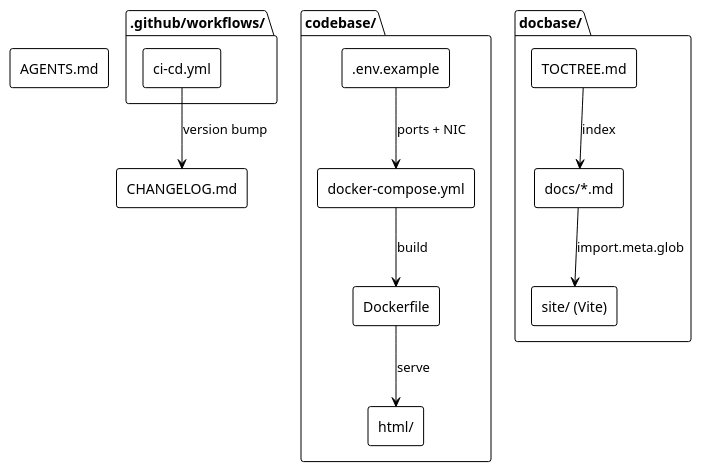
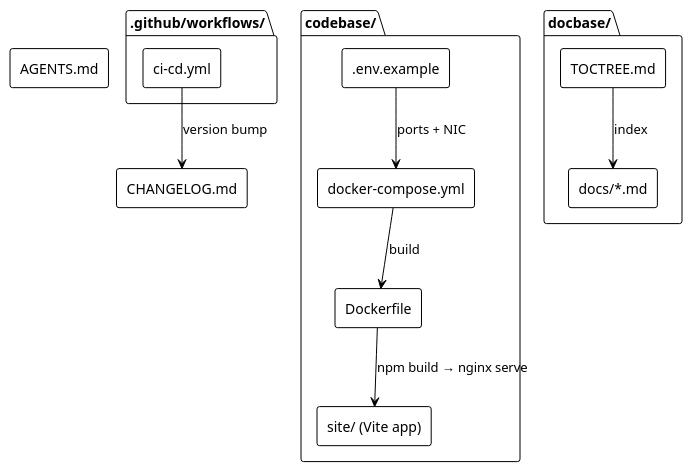
Before and after one commit to Mcc-Mak/opencode-workflow-demo: the second of 4 diagrams in docbase/docs/Architecture.md, drawn with PlantUML. The commit also changed other lines of this file and 29 other files, not shown here.

````diff
--- a/docbase/docs/Architecture.md
+++ b/docbase/docs/Architecture.md
@@ -40,33 +38,31 @@
 ```plantuml
 @startuml
 !theme plain
 skinparam componentStyle rectangle
 
 package "codebase/" {
   [Dockerfile] as df
   [docker-compose.yml] as dc
   [.env.example] as env
-  [html/] as app
+  [site/ (Vite app)] as app
 }
 
 package "docbase/" {
   [docs/*.md] as docs
-  [site/ (Vite)] as site
   [TOCTREE.md] as toc
 }
 
 package ".github/workflows/" {
   [ci-cd.yml] as wf
 }
 
 [AGENTS.md] as agents
 [CHANGELOG.md] as cl
 
 env --> dc : ports + NIC
 dc --> df : build
-df --> app : serve
+df --> app : npm build → nginx serve
 toc --> docs : index
-docs --> site : import.meta.glob
 wf --> cl : version bump
 @enduml
 ```
````
